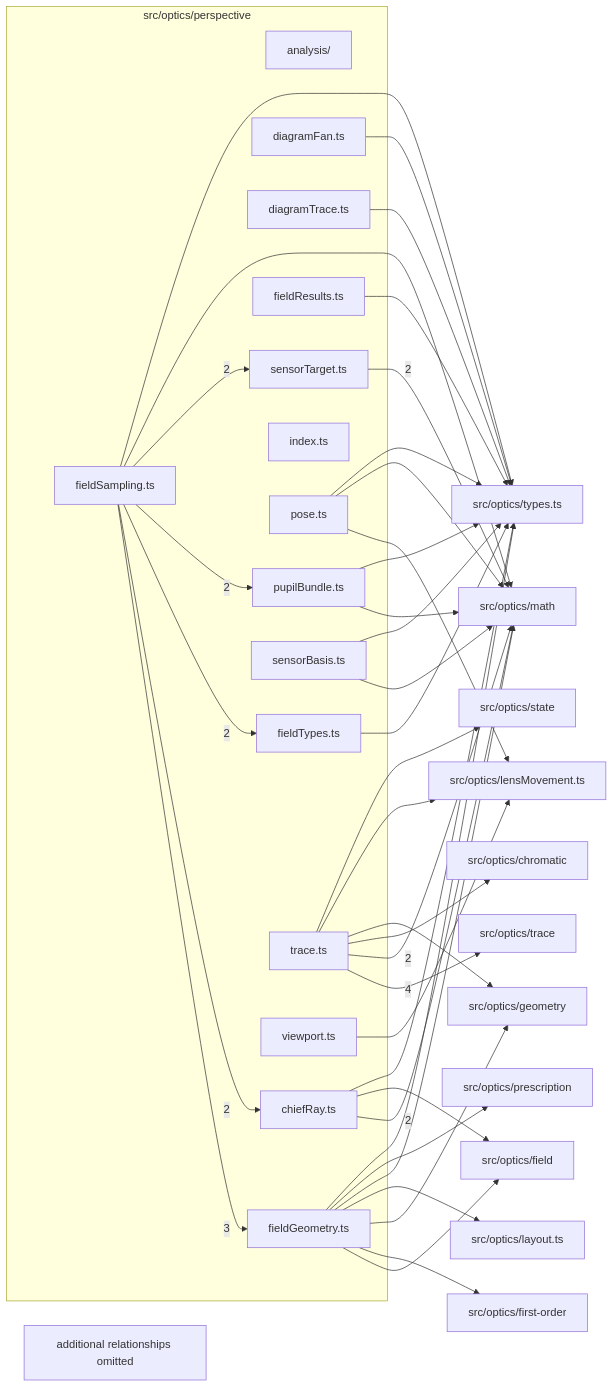
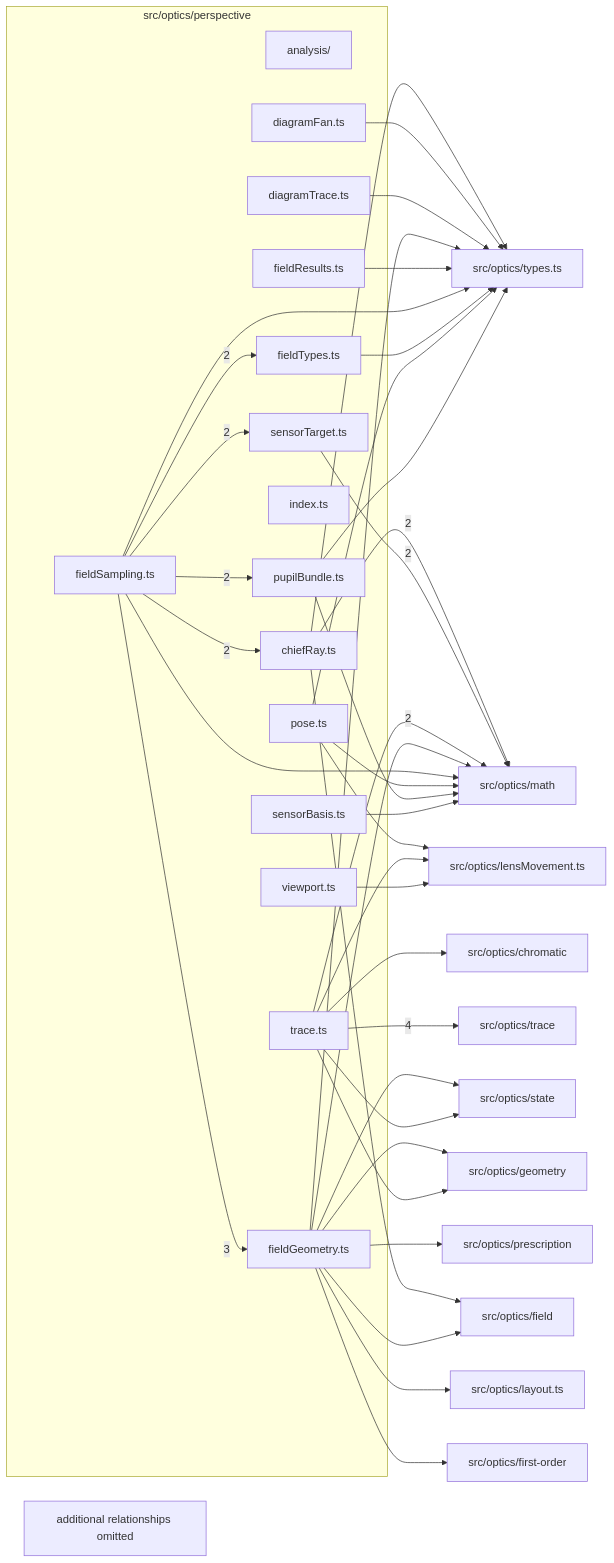
One commit to ronbuening/LensVisualizer changed the diagram in src/optics/perspective/readme.md. Above: the diagram before and after it, drawn with Mermaid. The commit also changed other lines of this file and 40 other files, not shown here.

````diff
--- a/src/optics/perspective/readme.md
+++ b/src/optics/perspective/readme.md
@@ -9,68 +9,68 @@
 ```mermaid
 flowchart LR
   subgraph n_src_optics_perspective["src/optics/perspective"]
     n_src_optics_perspective_src_optics_perspective_analysis["analysis/"]
     n_src_optics_perspective_src_optics_perspective_chiefRay_ts["chiefRay.ts"]
     n_src_optics_perspective_src_optics_perspective_diagramFan_ts["diagramFan.ts"]
     n_src_optics_perspective_src_optics_perspective_diagramTrace_ts["diagramTrace.ts"]
     n_src_optics_perspective_src_optics_perspective_fieldGeometry_ts["fieldGeometry.ts"]
     n_src_optics_perspective_src_optics_perspective_fieldResults_ts["fieldResults.ts"]
     n_src_optics_perspective_src_optics_perspective_fieldSampling_ts["fieldSampling.ts"]
     n_src_optics_perspective_src_optics_perspective_fieldTypes_ts["fieldTypes.ts"]
     n_src_optics_perspective_src_optics_perspective_index_ts["index.ts"]
     n_src_optics_perspective_src_optics_perspective_pose_ts["pose.ts"]
     n_src_optics_perspective_src_optics_perspective_pupilBundle_ts["pupilBundle.ts"]
     n_src_optics_perspective_src_optics_perspective_sensorBasis_ts["sensorBasis.ts"]
     n_src_optics_perspective_src_optics_perspective_sensorTarget_ts["sensorTarget.ts"]
     n_src_optics_perspective_src_optics_perspective_trace_ts["trace.ts"]
     n_src_optics_perspective_src_optics_perspective_viewport_ts["viewport.ts"]
   end
   n_external_src_optics_trace["src/optics/trace"]
   n_external_src_optics_math["src/optics/math"]
   n_external_src_optics_chromatic["src/optics/chromatic"]
   n_external_src_optics_field["src/optics/field"]
   n_external_src_optics_first_order["src/optics/first-order"]
   n_external_src_optics_geometry["src/optics/geometry"]
   n_external_src_optics_layout_ts["src/optics/layout.ts"]
   n_external_src_optics_lensMovement_ts["src/optics/lensMovement.ts"]
   n_external_src_optics_prescription["src/optics/prescription"]
   n_external_src_optics_state["src/optics/state"]
   n_external_src_optics_types_ts["src/optics/types.ts"]
   n_src_optics_perspective_src_optics_perspective_trace_ts --> |4| n_external_src_optics_trace
   n_src_optics_perspective_src_optics_perspective_fieldSampling_ts --> |3| n_src_optics_perspective_src_optics_perspective_fieldGeometry_ts
   n_src_optics_perspective_src_optics_perspective_chiefRay_ts --> |2| n_external_src_optics_math
   n_src_optics_perspective_src_optics_perspective_sensorTarget_ts --> |2| n_external_src_optics_math
   n_src_optics_perspective_src_optics_perspective_trace_ts --> |2| n_external_src_optics_math
   n_src_optics_perspective_src_optics_perspective_fieldSampling_ts --> |2| n_src_optics_perspective_src_optics_perspective_chiefRay_ts
   n_src_optics_perspective_src_optics_perspective_fieldSampling_ts --> |2| n_src_optics_perspective_src_optics_perspective_fieldTypes_ts
   n_src_optics_perspective_src_optics_perspective_fieldSampling_ts --> |2| n_src_optics_perspective_src_optics_perspective_pupilBundle_ts
   n_src_optics_perspective_src_optics_perspective_fieldSampling_ts --> |2| n_src_optics_perspective_src_optics_perspective_sensorTarget_ts
   n_src_optics_perspective_src_optics_perspective_trace_ts --> n_external_src_optics_chromatic
   n_src_optics_perspective_src_optics_perspective_chiefRay_ts --> n_external_src_optics_field
   n_src_optics_perspective_src_optics_perspective_fieldGeometry_ts --> n_external_src_optics_field
   n_src_optics_perspective_src_optics_perspective_fieldGeometry_ts --> n_external_src_optics_first_order
   n_src_optics_perspective_src_optics_perspective_fieldGeometry_ts --> n_external_src_optics_geometry
   n_src_optics_perspective_src_optics_perspective_trace_ts --> n_external_src_optics_geometry
   n_src_optics_perspective_src_optics_perspective_fieldGeometry_ts --> n_external_src_optics_layout_ts
   n_src_optics_perspective_src_optics_perspective_pose_ts --> n_external_src_optics_lensMovement_ts
   n_src_optics_perspective_src_optics_perspective_trace_ts --> n_external_src_optics_lensMovement_ts
   n_src_optics_perspective_src_optics_perspective_viewport_ts --> n_external_src_optics_lensMovement_ts
   n_src_optics_perspective_src_optics_perspective_fieldGeometry_ts --> n_external_src_optics_math
   n_src_optics_perspective_src_optics_perspective_fieldSampling_ts --> n_external_src_optics_math
   n_src_optics_perspective_src_optics_perspective_pose_ts --> n_external_src_optics_math
   n_src_optics_perspective_src_optics_perspective_pupilBundle_ts --> n_external_src_optics_math
   n_src_optics_perspective_src_optics_perspective_sensorBasis_ts --> n_external_src_optics_math
   n_src_optics_perspective_src_optics_perspective_fieldGeometry_ts --> n_external_src_optics_prescription
+  n_src_optics_perspective_src_optics_perspective_fieldGeometry_ts --> n_external_src_optics_state
   n_src_optics_perspective_src_optics_perspective_trace_ts --> n_external_src_optics_state
   n_src_optics_perspective_src_optics_perspective_chiefRay_ts --> n_external_src_optics_types_ts
   n_src_optics_perspective_src_optics_perspective_diagramFan_ts --> n_external_src_optics_types_ts
   n_src_optics_perspective_src_optics_perspective_diagramTrace_ts --> n_external_src_optics_types_ts
   n_src_optics_perspective_src_optics_perspective_fieldGeometry_ts --> n_external_src_optics_types_ts
   n_src_optics_perspective_src_optics_perspective_fieldResults_ts --> n_external_src_optics_types_ts
   n_src_optics_perspective_src_optics_perspective_fieldSampling_ts --> n_external_src_optics_types_ts
   n_src_optics_perspective_src_optics_perspective_fieldTypes_ts --> n_external_src_optics_types_ts
   n_src_optics_perspective_src_optics_perspective_pose_ts --> n_external_src_optics_types_ts
   n_src_optics_perspective_src_optics_perspective_pupilBundle_ts --> n_external_src_optics_types_ts
-  n_src_optics_perspective_src_optics_perspective_sensorBasis_ts --> n_external_src_optics_types_ts
   n_src_optics_perspective_truncated["additional relationships omitted"]
 ```
````
